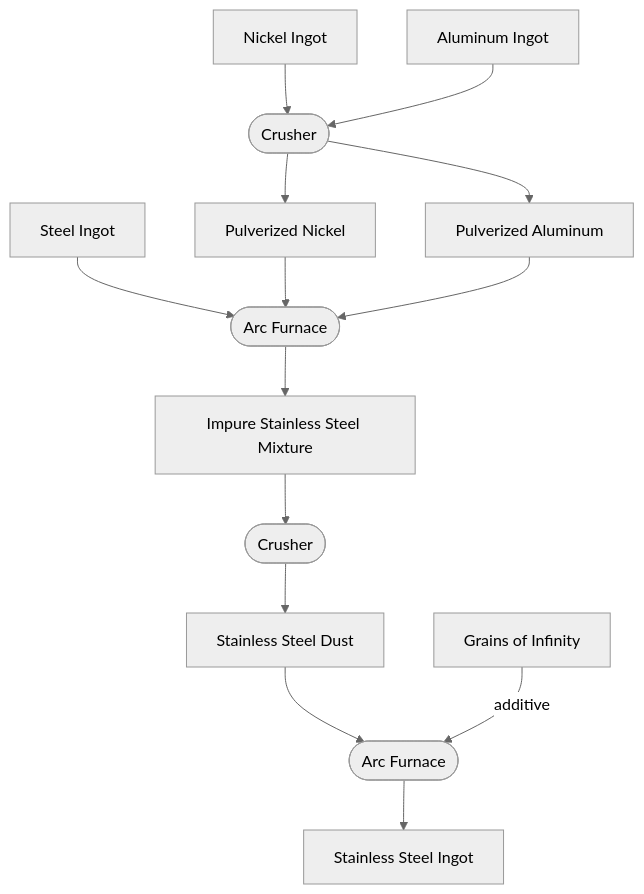
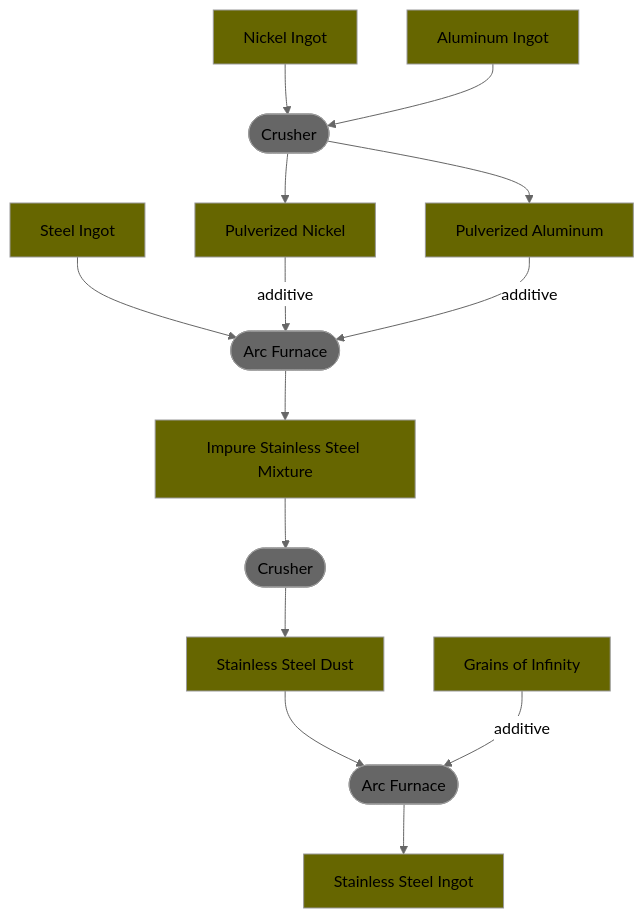
One commit to bigyihsuan/progression-pack changed the diagram in docs/stainless.md. Above: the diagram before and after it, drawn with Mermaid (neutral theme). The commit also changed 49 other files, not shown here.

````diff
--- a/docs/stainless.md
+++ b/docs/stainless.md
@@ -3,25 +3,31 @@
 ```mermaid
 graph TD;
-ssi[Stainless Steel Ingot]
-ssd[Stainless Steel Dust]
-issm[Impure Stainless Steel Mixture]
-pn[Pulverized Nickel]
-pa[Pulverized Aluminum]
-si[Steel Ingot]
-ni[Nickel Ingot]
-ai[Aluminum Ingot]
-gin[Grains of Infinity]
 
-AF1([Arc Furnace])
-CR1([Crusher])
-AF2([Arc Furnace])
-CR2([Crusher])
+classDef item fill:#660;
+classDef fluid fill:#009;
+classDef machine fill:#666;
+
+ssi[Stainless Steel Ingot]:::item
+ssd[Stainless Steel Dust]:::item
+issm[Impure Stainless Steel Mixture]:::item
+pn[Pulverized Nickel]:::item
+pa[Pulverized Aluminum]:::item
+si[Steel Ingot]:::item
+ni[Nickel Ingot]:::item
+ai[Aluminum Ingot]:::item
+gin[Grains of Infinity]:::item
+
+AF1([Arc Furnace]):::machine
+CR1([Crusher]):::machine
+AF2([Arc Furnace]):::machine
+CR2([Crusher]):::machine
 
 
 ssd --> AF1 --> ssi
 gin --additive--> AF1
 issm --> CR1 --> ssd
-si & pn & pa --> AF2 --> issm
+si --> AF2 --> issm
+pn & pa  --additive--> AF2
 ni --> CR2 --> pn
 ai --> CR2 --> pa
 ```
````
